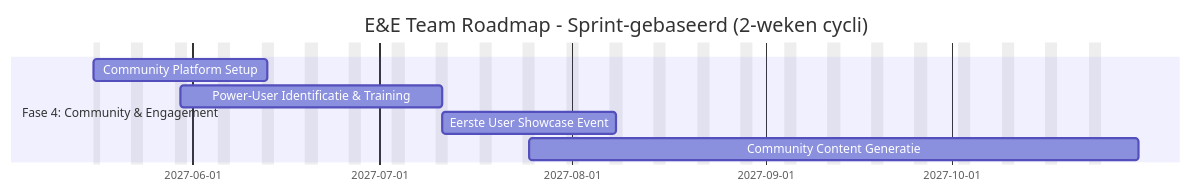
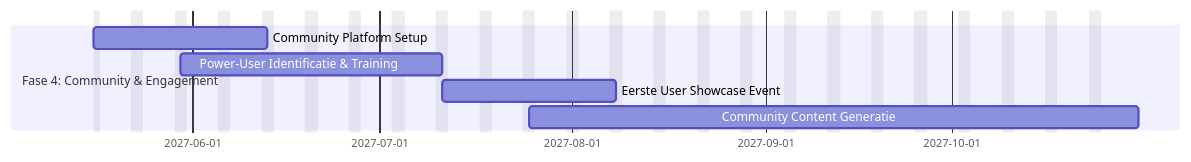
The fifth of 6 diagrams in ROADMAP.md (hbosscha-personal/enablement-engagement-roadmap), drawn with Mermaid before and after one commit. The commit also changed other lines of this file, not shown here.

First line of the commit message:
Revise E&E Team Roadmap for clarity and updates

````diff
--- a/ROADMAP.md
+++ b/ROADMAP.md
@@ -344,12 +343,12 @@
 ```mermaid
 gantt
-    title E&E Team Roadmap - Sprint-gebaseerd (2-weken cycli)
-    dateFormat YYYY-MM-DD
-    excludes    weekends
-    
-    section Fase 4: Community & Engagement
-    Community Platform Setup                   :p4_comm,   2027-05-16, 2027-06-13
-    Power-User Identificatie & Training        :p4_power, 2027-05-30, 2027-07-11
-    Eerste User Showcase Event                 :p4_event,  2027-07-11, 2027-08-08
-    Community Content Generatie                :p4_content, 2027-07-25, 2027-10-31
+    dateFormat YYYY-MM-DD
+    excludes    weekends
+    todayMarker stroke-width:3px,stroke:#0f0,opacity:0.5
+    
+    section Fase 4: Community & Engagement
+    Community Platform Setup                   :p4_comm,   2027-05-16, 2027-06-13
+    Power-User Identificatie & Training        :p4_power, 2027-05-30, 2027-07-11
+    Eerste User Showcase Event                 :p4_event,  2027-07-11, 2027-08-08
+    Community Content Generatie                :p4_content, 2027-07-25, 2027-10-31
 ```
````
